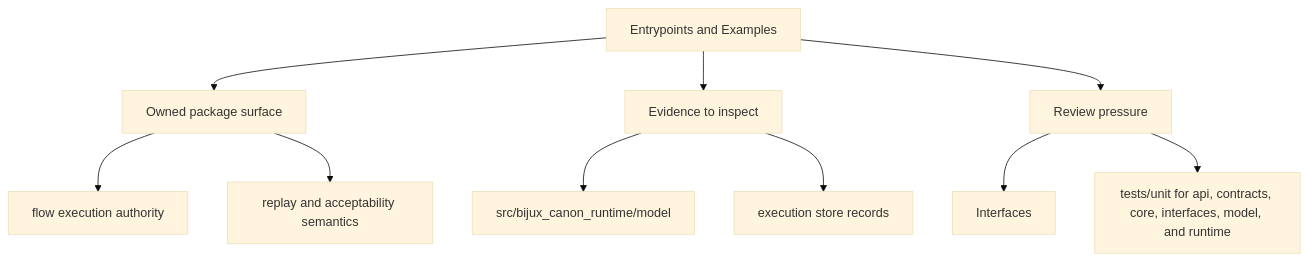
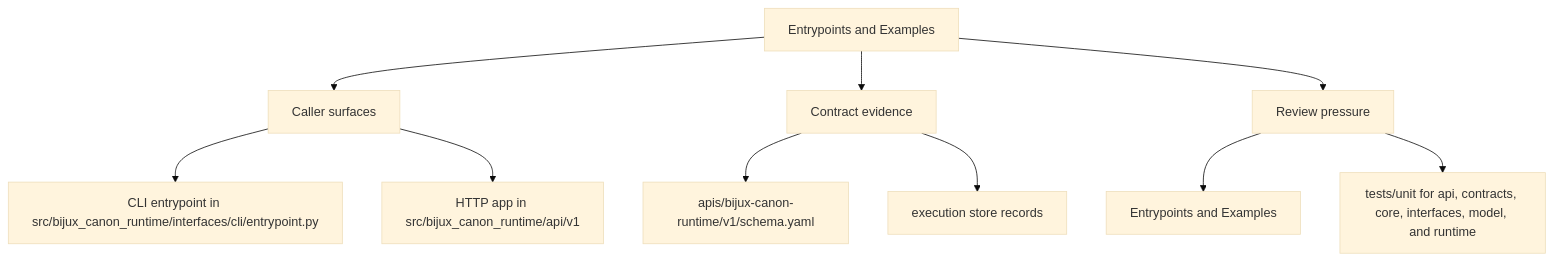
One commit to bijux/bijux-canon changed the second of 2 diagrams in docs/bijux-canon-runtime/interfaces/entrypoints-and-examples.md. Above: the diagram before and after it, drawn with Mermaid (base theme). The commit also changed other lines of this file and 250 other files, not shown here.

Commit message:
docs(diagrams): make product page maps more readable

````diff
--- a/docs/bijux-canon-runtime/interfaces/entrypoints-and-examples.md
+++ b/docs/bijux-canon-runtime/interfaces/entrypoints-and-examples.md
@@ -34,22 +34,22 @@
 ```mermaid
 flowchart TD
     page["Entrypoints and Examples"]
-    focus1["Owned package surface"]
+    focus1["Caller surfaces"]
     page --> focus1
-    focus1_1["flow execution authority"]
+    focus1_1["CLI entrypoint in src/bijux_canon_runtime/interfaces/cli/entrypoint.py"]
     focus1 --> focus1_1
-    focus1_2["replay and acceptability semantics"]
+    focus1_2["HTTP app in src/bijux_canon_runtime/api/v1"]
     focus1 --> focus1_2
-    focus2["Evidence to inspect"]
+    focus2["Contract evidence"]
     page --> focus2
-    focus2_1["src/bijux_canon_runtime/model"]
+    focus2_1["apis/bijux-canon-runtime/v1/schema.yaml"]
     focus2 --> focus2_1
     focus2_2["execution store records"]
     focus2 --> focus2_2
     focus3["Review pressure"]
     page --> focus3
-    focus3_1["Interfaces"]
+    focus3_1["Entrypoints and Examples"]
     focus3 --> focus3_1
     focus3_2["tests/unit for api, contracts, core, interfaces, model, and runtime"]
     focus3 --> focus3_2
 ```
````
